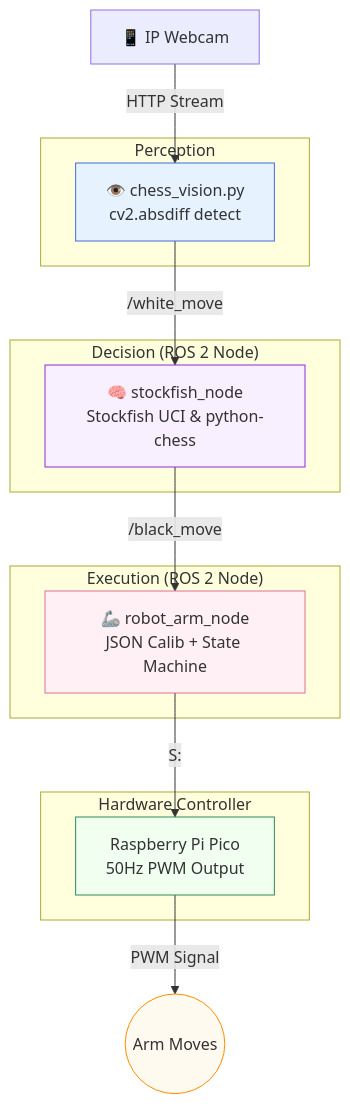
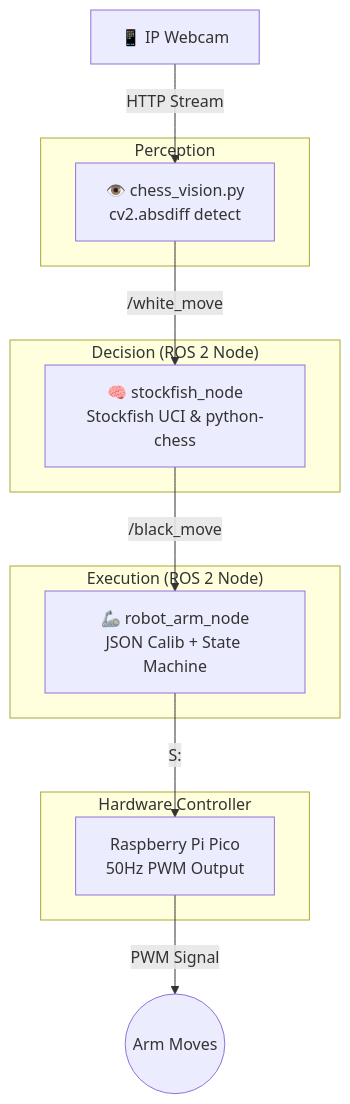
Before and after one commit to njanorupavam/VYUHA-2.0-chess-robotic-arm-: the second of 2 diagrams in README.md, drawn with Mermaid. The commit also changed other lines of this file, not shown here.

Commit message:
fix: remove hardcoded mermaid styles for dark mode compatibility

````diff
--- a/README.md
+++ b/README.md
@@ -104,32 +100,25 @@
 ```mermaid
 graph TD
     Cam[📱 IP Webcam] -->|HTTP Stream| Vis[chess_vision.py]
     
     subgraph "Perception"
     Vis[👁️ chess_vision.py<br/>cv2.absdiff detect]
     end
     
     subgraph "Decision (ROS 2 Node)"
     SF[🧠 stockfish_node<br/>Stockfish UCI & python-chess]
     end
     
     subgraph "Execution (ROS 2 Node)"
     Robo[🦾 robot_arm_node<br/>JSON Calib + State Machine]
     end
     
     subgraph "Hardware Controller"
     Pico[Raspberry Pi Pico<br/>50Hz PWM Output]
     end
 
     Vis -->|/white_move| SF
     SF -->|/black_move| Robo
     Robo -->|S<pin>:<pulse_us>| Pico
     Pico -->|PWM Signal| Arm((Arm Moves))
-
-    style Cam fill:#ececff,stroke:#9370db
-    style Vis fill:#e6f3ff,stroke:#4169e1
-    style SF fill:#f9f0ff,stroke:#8a2be2
-    style Robo fill:#fff0f5,stroke:#db7093
-    style Pico fill:#f0fff0,stroke:#2e8b57
-    style Arm fill:#fffaf0,stroke:#ff8c00
 ```
````
